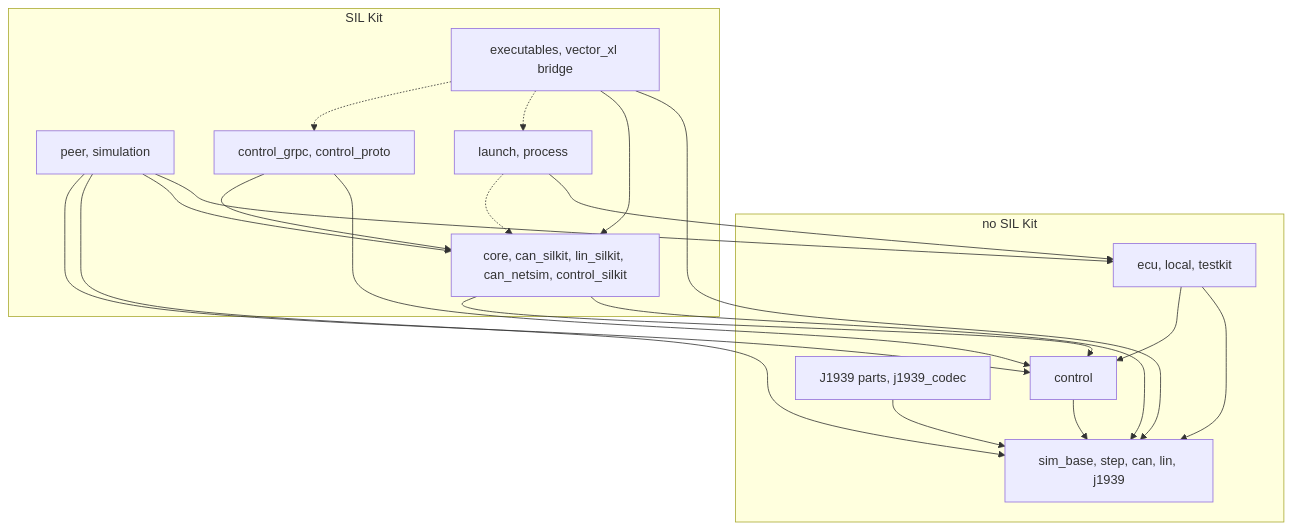
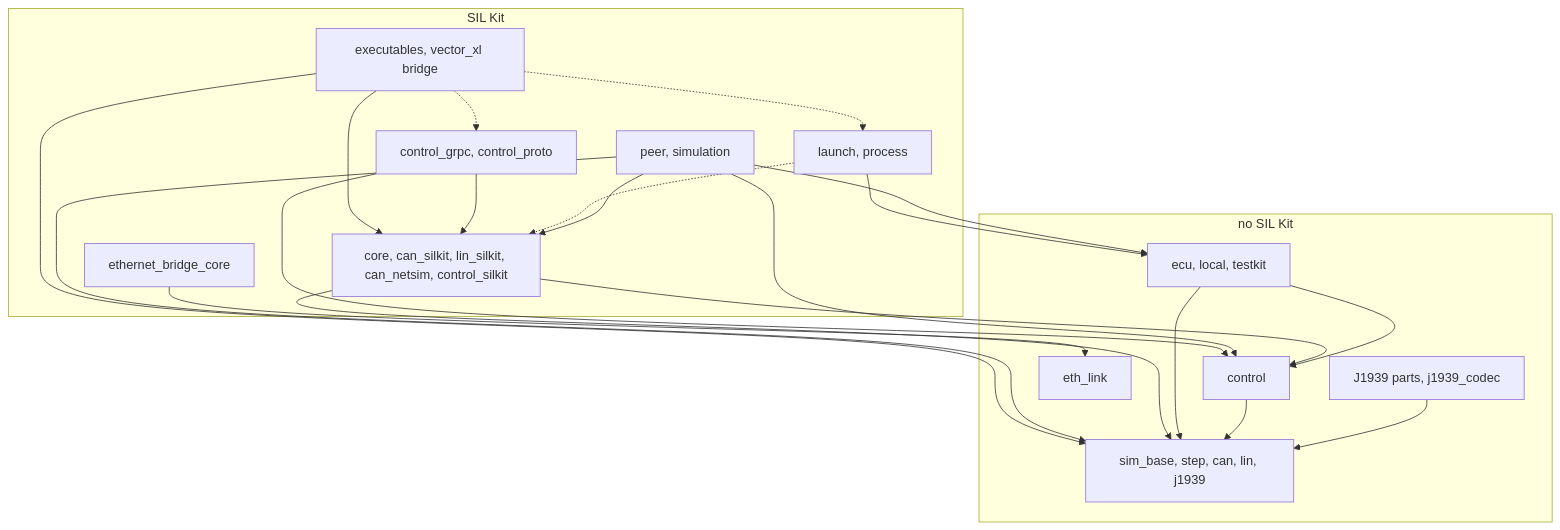
One commit to rahanahu/vehicle-sil changed the first of 8 diagrams in docs/code-map.md. Above: the diagram before and after it, drawn with Mermaid. The commit also changed other lines of this file and 34 other files, not shown here.

First line of the commit message:
feat(ethernet-bridge): add the link to an Ethernet outside SIL Kit and the bridge's core

````diff
--- a/docs/code-map.md
+++ b/docs/code-map.md
@@ -102,34 +104,37 @@
 ```mermaid
 flowchart TD
     subgraph no_silkit["no SIL Kit"]
         protocols["sim_base, step, can, lin, j1939"]
         control["control"]
         j1939_parts["J1939 parts, j1939_codec"]
         app["ecu, local, testkit"]
+        eth_link_box["eth_link"]
     end
     subgraph with_silkit["SIL Kit"]
         bindings["core, can_silkit, lin_silkit, can_netsim, control_silkit"]
         run["peer, simulation"]
         launch_process["launch, process"]
         grpc["control_grpc, control_proto"]
         tools["executables, vector_xl bridge"]
+        ethernet_bridge["ethernet_bridge_core"]
     end
     j1939_parts --> protocols
     control --> protocols
     app --> protocols
     app --> control
     bindings --> protocols
     bindings --> control
     run --> app
     run --> bindings
     run --> protocols
     run --> control
     launch_process --> app
     launch_process -.-> bindings
     grpc --> control
     grpc --> bindings
     tools --> protocols
     tools --> bindings
     tools -.-> launch_process
     tools -.-> grpc
+    ethernet_bridge --> eth_link_box
 ```
````
